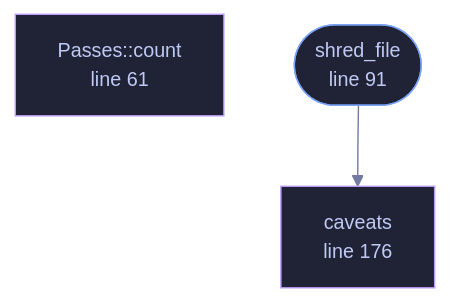
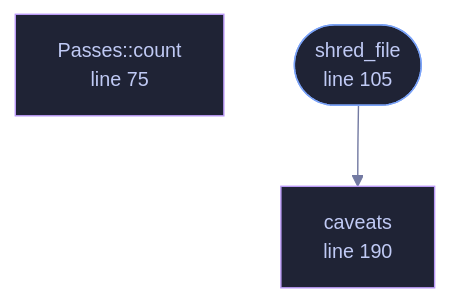
Before and after one commit to tilas01/veilvoice: the diagram in docs/files/veilvoice-crypto/shred.md, drawn with Mermaid. The commit also changed other lines of this file and 487 other files, not shown here.

````diff
--- a/docs/files/veilvoice-crypto/shred.md
+++ b/docs/files/veilvoice-crypto/shred.md
@@ -92,15 +107,15 @@
 ```mermaid
 %%{init: {"theme":"base","themeVariables":{"background":"#1a1b26","primaryColor":"#1f2335","primaryTextColor":"#c0caf5","primaryBorderColor":"#7aa2f7","secondaryColor":"#16161e","tertiaryColor":"#16161e","lineColor":"#737aa2","textColor":"#c0caf5","mainBkg":"#1f2335","nodeBorder":"#7aa2f7","clusterBkg":"#16161e","clusterBorder":"#2f3549","fontFamily":"ui-monospace, SFMono-Regular, Consolas, monospace","fontSize":"14px"}}}%%
 flowchart TD
-    n_count["Passes::count<br/>line 61"]
-    n_shred_file(["shred_file<br/>line 91"])
-    n_caveats["caveats<br/>line 176"]
+    n_count["Passes::count<br/>line 75"]
+    n_shred_file(["shred_file<br/>line 105"])
+    n_caveats["caveats<br/>line 190"]
     n_shred_file --> n_caveats
-    click n_count href "https://github.com/tilas01/veilvoice/blob/main/crates/veilvoice-crypto/src/shred.rs#L61" "open the source"
-    click n_shred_file href "https://github.com/tilas01/veilvoice/blob/main/crates/veilvoice-crypto/src/shred.rs#L91" "open the source"
-    click n_caveats href "https://github.com/tilas01/veilvoice/blob/main/crates/veilvoice-crypto/src/shred.rs#L176" "open the source"
+    click n_count href "https://github.com/tilas01/veilvoice/blob/main/crates/veilvoice-crypto/src/shred.rs#L75" "open the source"
+    click n_shred_file href "https://github.com/tilas01/veilvoice/blob/main/crates/veilvoice-crypto/src/shred.rs#L105" "open the source"
+    click n_caveats href "https://github.com/tilas01/veilvoice/blob/main/crates/veilvoice-crypto/src/shred.rs#L190" "open the source"
     classDef entry fill:#1f2335,stroke:#7aa2f7,color:#c0caf5
     class n_shred_file entry
     classDef helper fill:#1f2335,stroke:#bb9af7,color:#c0caf5
     class n_count,n_caveats helper
 ```
````
